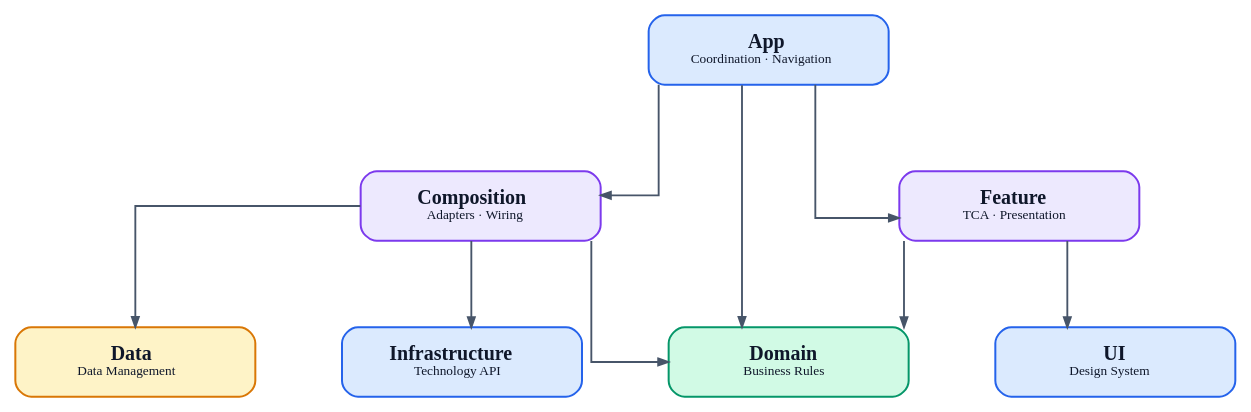
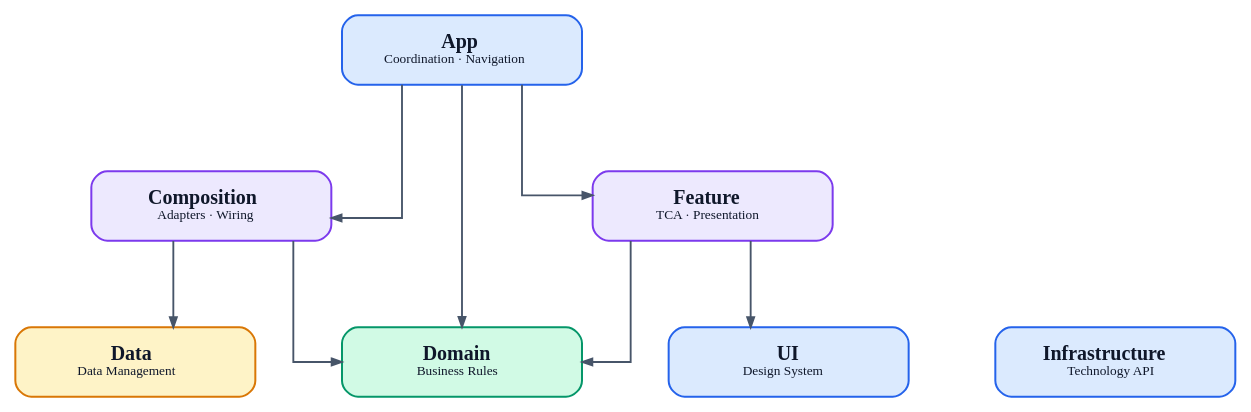
The diagram in docs/assets/package-dependency-graph.dot (Nexters/Git-It-iOS), drawn with Graphviz before and after one commit. The commit also changed 8 other files, not shown here.

```diff
--- a/docs/assets/package-dependency-graph.dot
+++ b/docs/assets/package-dependency-graph.dot
@@ -1,47 +1,46 @@
 digraph PackageDependencyGraph {
     graph [
         rankdir = TB
         newrank = true
         splines = ortho
         nodesep = 0.9
         ranksep = 0.9
         fontname = "Apple SD Gothic Neo"
         fontsize = 13
     ]
 
     node [
         shape = box
         style = "rounded,filled"
         fixedsize = true
         width = 2.5
         height = 0.72
         fontname = "Apple SD Gothic Neo"
         fontsize = 15
         fontcolor = "#0f172a"
         penwidth = 1.5
     ]
 
     edge [penwidth = 1.4, arrowsize = 0.75, color = "#475569"]
 
     App         [fillcolor = "#dbeafe", color = "#2563eb", label = <<B>App</B><BR/><FONT POINT-SIZE="10">Coordination · Navigation</FONT>>]
     Composition [fillcolor = "#ede9fe", color = "#7c3aed", label = <<B>Composition</B><BR/><FONT POINT-SIZE="10">Adapters · Wiring</FONT>>]
     Feature     [fillcolor = "#ede9fe", color = "#7c3aed", label = <<B>Feature</B><BR/><FONT POINT-SIZE="10">TCA · Presentation</FONT>>]
     Domain      [fillcolor = "#d1fae5", color = "#059669", label = <<B>Domain</B><BR/><FONT POINT-SIZE="10">Business Rules</FONT>>]
     Data        [fillcolor = "#fef3c7", color = "#d97706", label = <<B>Data</B><BR/><FONT POINT-SIZE="10">Data Management</FONT>>]
     Infrastructure [fillcolor = "#dbeafe", color = "#2563eb", label = <<B>Infrastructure</B><BR/><FONT POINT-SIZE="10">Technology API</FONT>>]
     UI          [fillcolor = "#dbeafe", color = "#2563eb", label = <<B>UI</B><BR/><FONT POINT-SIZE="10">Design System</FONT>>]
 
     { rank = same; Feature; Composition }
     { rank = same; Domain; Data; Infrastructure; UI }
 
     App -> Feature
     App -> Composition
     App -> Domain
 
     Feature -> Domain
     Feature -> UI
 
     Composition -> Domain
     Composition -> Data
-    Composition -> Infrastructure
 }
```
